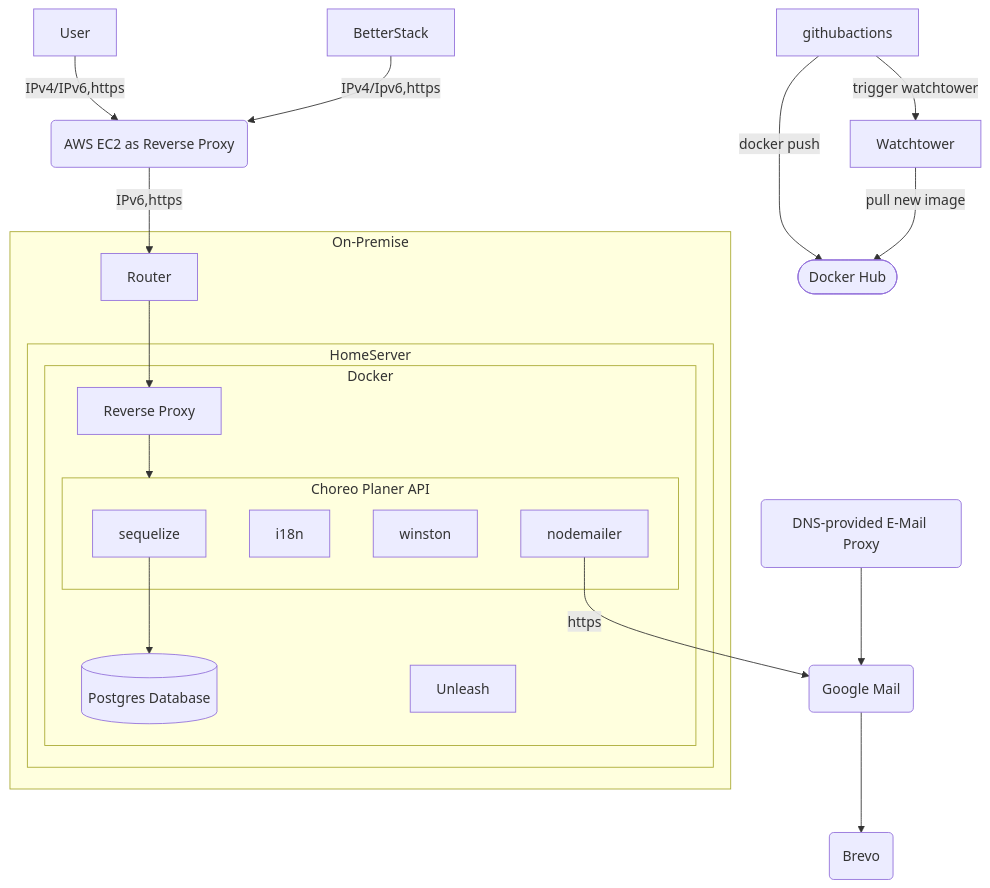
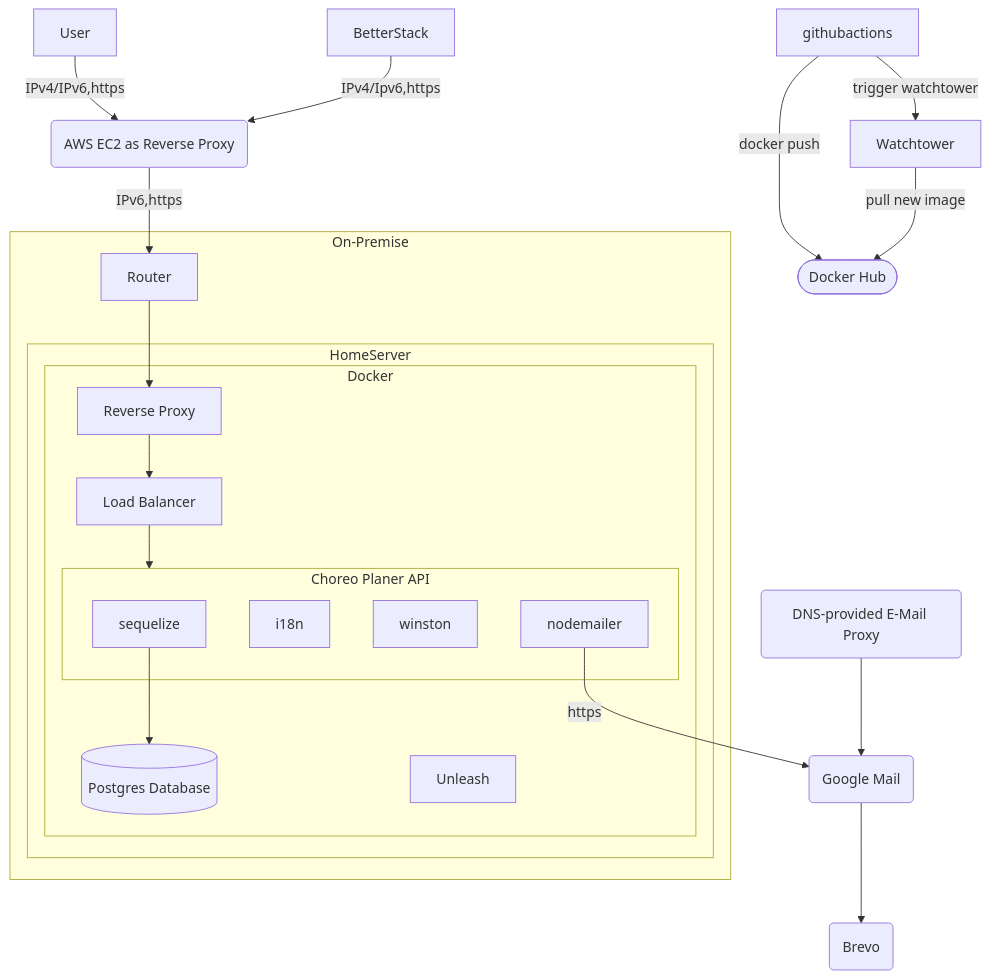
The diagram in server/README.md (andreasnicklaus/cheer-choreo-tool), drawn with Mermaid before and after one commit. The commit also changed other lines of this file and 1 other file, not shown here.

Commit message:
chore: updates README to include load balancer

````diff
--- a/server/README.md
+++ b/server/README.md
@@ -126,32 +160,33 @@
 ```mermaid
 graph
   User --IPv4/IPv6,https--> aws(AWS EC2 as Reverse Proxy)
   aws --IPv6,https--> Router
 
   BetterStack --IPv4/Ipv6,https--> aws
 
   subgraph On-Premise
     Router --> ReverseProxy
     subgraph HomeServer
       subgraph Docker
-        ReverseProxy[Reverse Proxy] --> api
+        ReverseProxy[Reverse Proxy] --> LoadBalancer
+        LoadBalancer[Load Balancer] --> api
         sequelize --> db[(Postgres Database)]
         Unleash
         subgraph api[Choreo Planer API]
           sequelize
           i18n
           winston
           nodemailer
         end
       end
     end
   end
 
   nodemailer --https--> GoogleMail(Google Mail)
   mailProxy(DNS-provided E-Mail Proxy) --> GoogleMail
   GoogleMail --> Brevo(Brevo)
 
   githubactions --docker push--> dockerhub([Docker Hub])
   githubactions --trigger watchtower--> Watchtower[Watchtower]
   Watchtower --pull new image--> dockerhub
 ```
````
